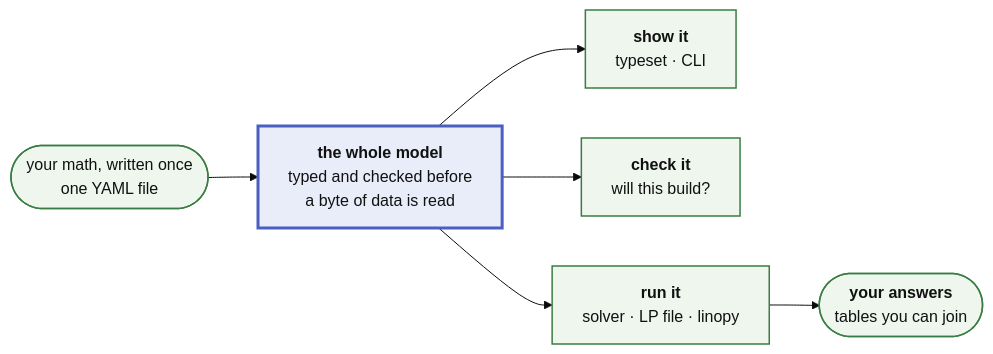
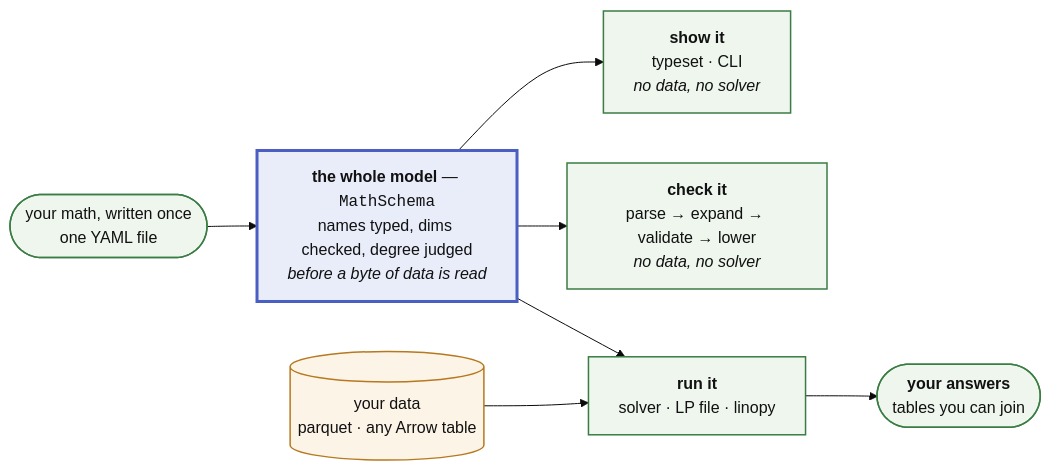
Before and after one commit to FBumann/farkas: the second of 2 diagrams in docs/ARCHITECTURE.md, drawn with Mermaid (base theme). The commit also changed other lines of this file and 1 other file, not shown here.

First line of the commit message:
docs(architecture): the data arrow, and the seam it enters at

````diff
--- a/docs/ARCHITECTURE.md
+++ b/docs/ARCHITECTURE.md
@@ -109,13 +127,16 @@
 ```mermaid
 flowchart LR
     Y(["your math, written once<br/>one YAML file"]) --> AST
-    AST["<b>the whole model</b><br/>typed and checked before<br/>a byte of data is read"]
-    AST --> SHOW["<b>show it</b><br/>typeset · CLI"]
-    AST --> CHECK["<b>check it</b><br/>will this build?"]
+    AST["<b>the whole model</b> — <code>MathSchema</code><br/>names typed, dims checked, degree judged<br/><i>before a byte of data is read</i>"]
+    AST --> SHOW["<b>show it</b><br/>typeset · CLI<br/><i>no data, no solver</i>"]
+    AST --> CHECK["<b>check it</b><br/>parse → expand → validate → lower<br/><i>no data, no solver</i>"]
     AST --> RUN["<b>run it</b><br/>solver · LP file · linopy"]
+    DATA[("your data<br/>parquet · any Arrow table")] --> RUN
     RUN --> ANS(["<b>your answers</b><br/>tables you can join"])
     classDef built fill:#eef6ee,stroke:#3a7d44,stroke-width:1.5px,color:#111
     classDef waist fill:#e9edfa,stroke:#4a5fc1,stroke-width:3px,color:#111
+    classDef data fill:#fdf4e8,stroke:#b7791f,stroke-width:1.5px,color:#111
     class Y,SHOW,CHECK,RUN,ANS built
     class AST waist
+    class DATA data
 ```
````
